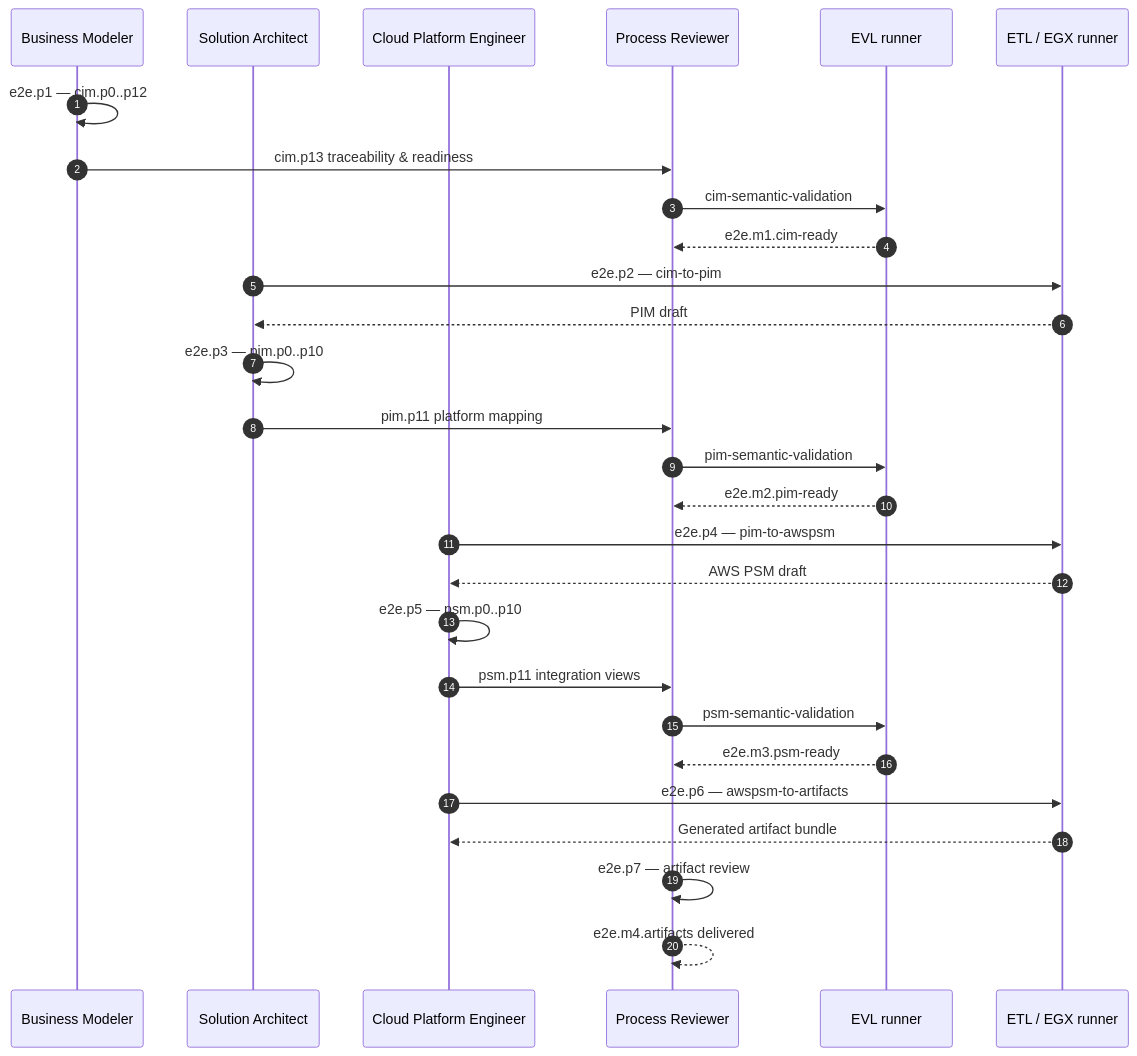
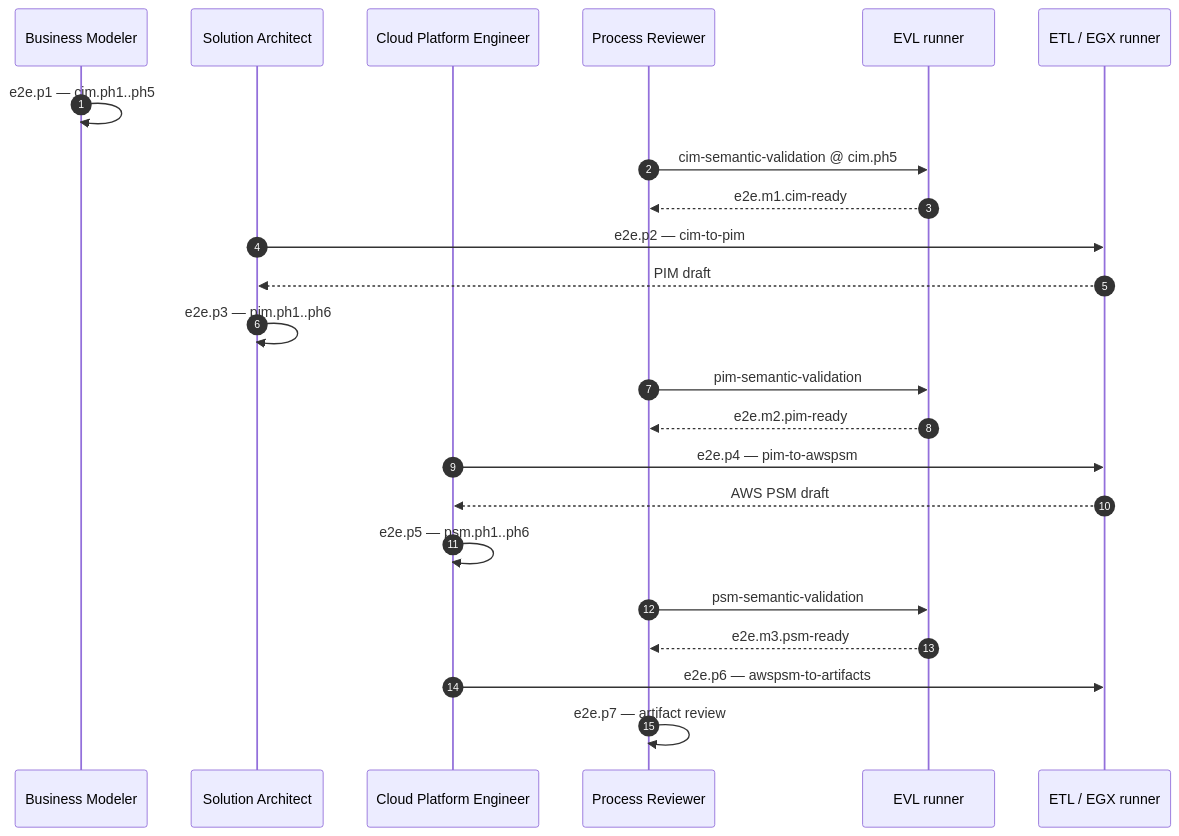
Before and after one commit to mehdieidi/modriss: the third of 3 diagrams in docs/diagrams/27-end-to-end-methodology.md, drawn with Mermaid. The commit also changed other lines of this file and 65 other files, not shown here.

````diff
--- a/docs/diagrams/27-end-to-end-methodology.md
+++ b/docs/diagrams/27-end-to-end-methodology.md
@@ -81,34 +77,29 @@
 ```mermaid
 sequenceDiagram
     autonumber
     participant BM as Business Modeler
     participant SA as Solution Architect
     participant CPE as Cloud Platform Engineer
     participant PR as Process Reviewer
     participant EVL as EVL runner
     participant ETL as ETL / EGX runner
 
-    BM->>BM: e2e.p1 — cim.p0..p12
-    BM->>PR: cim.p13 traceability & readiness
-    PR->>EVL: cim-semantic-validation
+    BM->>BM: e2e.p1 — cim.ph1..ph5
+    PR->>EVL: cim-semantic-validation @ cim.ph5
     EVL-->>PR: e2e.m1.cim-ready
 
     SA->>ETL: e2e.p2 — cim-to-pim
     ETL-->>SA: PIM draft
-    SA->>SA: e2e.p3 — pim.p0..p10
-    SA->>PR: pim.p11 platform mapping
+    SA->>SA: e2e.p3 — pim.ph1..ph6
     PR->>EVL: pim-semantic-validation
     EVL-->>PR: e2e.m2.pim-ready
 
     CPE->>ETL: e2e.p4 — pim-to-awspsm
     ETL-->>CPE: AWS PSM draft
-    CPE->>CPE: e2e.p5 — psm.p0..p10
-    CPE->>PR: psm.p11 integration views
+    CPE->>CPE: e2e.p5 — psm.ph1..ph6
     PR->>EVL: psm-semantic-validation
     EVL-->>PR: e2e.m3.psm-ready
 
     CPE->>ETL: e2e.p6 — awspsm-to-artifacts
-    ETL-->>CPE: Generated artifact bundle
     PR->>PR: e2e.p7 — artifact review
-    PR-->>PR: e2e.m4.artifacts delivered
 ```
````
